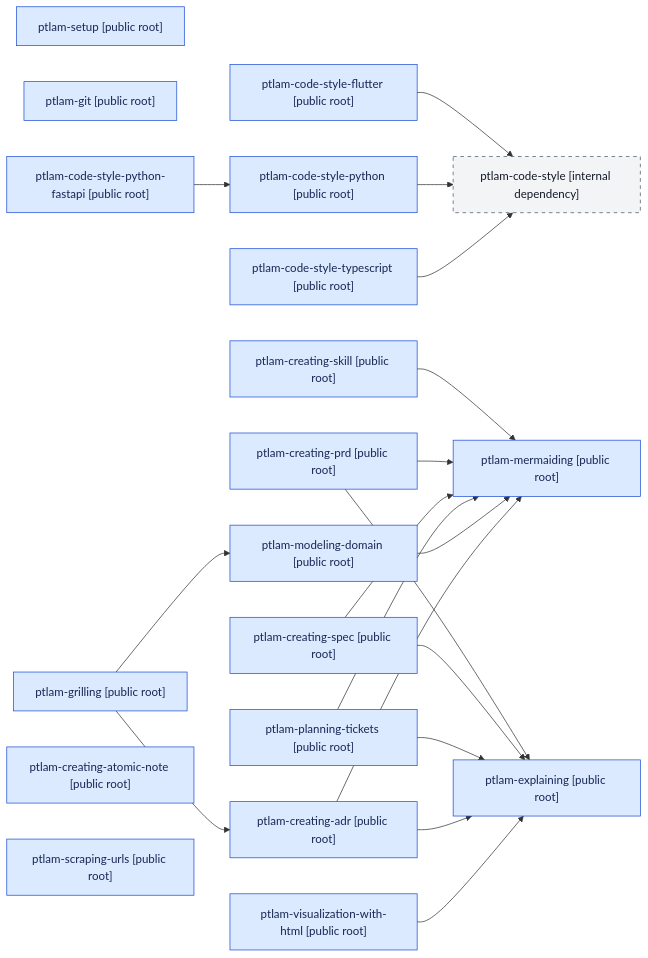
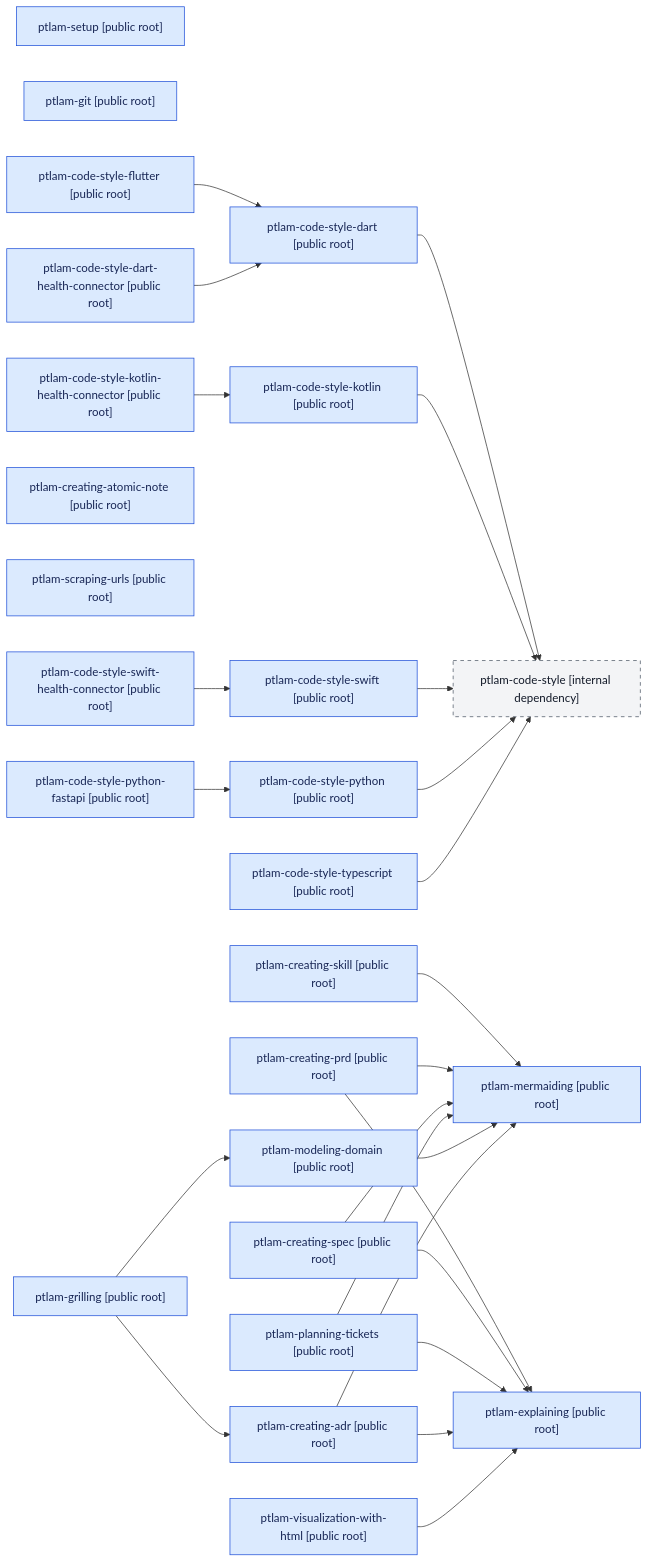
The diagram in skills/README.md (fam-tung-lam/ptlam-agent-plugin), drawn with Mermaid before and after one commit. The commit also changed other lines of this file and 315 other files, not shown here.

Commit message:
feat(skills): introduce code style skills for Health Connector SDK

````diff
--- a/skills/README.md
+++ b/skills/README.md
@@ -28,61 +34,79 @@
 ```mermaid
 flowchart LR
   skill_0["ptlam-setup [public root]"]
   skill_1["ptlam-git [public root]"]
   skill_2["ptlam-code-style [internal dependency]"]
-  skill_3["ptlam-code-style-flutter [public root]"]
-  skill_4["ptlam-code-style-python [public root]"]
-  skill_5["ptlam-code-style-python-fastapi [public root]"]
-  skill_6["ptlam-code-style-typescript [public root]"]
-  skill_7["ptlam-creating-skill [public root]"]
-  skill_8["ptlam-grilling [public root]"]
-  skill_9["ptlam-creating-prd [public root]"]
-  skill_10["ptlam-creating-spec [public root]"]
-  skill_11["ptlam-planning-tickets [public root]"]
-  skill_12["ptlam-modeling-domain [public root]"]
-  skill_13["ptlam-creating-adr [public root]"]
-  skill_14["ptlam-creating-atomic-note [public root]"]
-  skill_15["ptlam-scraping-urls [public root]"]
-  skill_16["ptlam-explaining [public root]"]
-  skill_17["ptlam-mermaiding [public root]"]
-  skill_18["ptlam-visualization-with-html [public root]"]
+  skill_3["ptlam-code-style-dart [public root]"]
+  skill_4["ptlam-code-style-kotlin [public root]"]
+  skill_5["ptlam-code-style-swift [public root]"]
+  skill_6["ptlam-code-style-flutter [public root]"]
+  skill_7["ptlam-code-style-python [public root]"]
+  skill_8["ptlam-code-style-python-fastapi [public root]"]
+  skill_9["ptlam-code-style-typescript [public root]"]
+  skill_10["ptlam-creating-skill [public root]"]
+  skill_11["ptlam-grilling [public root]"]
+  skill_12["ptlam-creating-prd [public root]"]
+  skill_13["ptlam-creating-spec [public root]"]
+  skill_14["ptlam-planning-tickets [public root]"]
+  skill_15["ptlam-modeling-domain [public root]"]
+  skill_16["ptlam-creating-adr [public root]"]
+  skill_17["ptlam-creating-atomic-note [public root]"]
+  skill_18["ptlam-scraping-urls [public root]"]
+  skill_19["ptlam-explaining [public root]"]
+  skill_20["ptlam-mermaiding [public root]"]
+  skill_21["ptlam-visualization-with-html [public root]"]
+  skill_22["ptlam-code-style-dart-health-connector [public root]"]
+  skill_23["ptlam-code-style-kotlin-health-connector [public root]"]
+  skill_24["ptlam-code-style-swift-health-connector [public root]"]
   skill_3 --> skill_2
   skill_4 --> skill_2
-  skill_5 --> skill_4
-  skill_6 --> skill_2
-  skill_7 --> skill_17
-  skill_8 --> skill_12
-  skill_8 --> skill_13
-  skill_9 --> skill_16
-  skill_9 --> skill_17
-  skill_10 --> skill_16
-  skill_10 --> skill_17
+  skill_5 --> skill_2
+  skill_6 --> skill_3
+  skill_7 --> skill_2
+  skill_8 --> skill_7
+  skill_9 --> skill_2
+  skill_10 --> skill_20
+  skill_11 --> skill_15
   skill_11 --> skill_16
-  skill_11 --> skill_17
-  skill_12 --> skill_17
-  skill_13 --> skill_16
-  skill_13 --> skill_17
-  skill_18 --> skill_16
+  skill_12 --> skill_19
+  skill_12 --> skill_20
+  skill_13 --> skill_19
+  skill_13 --> skill_20
+  skill_14 --> skill_19
+  skill_14 --> skill_20
+  skill_15 --> skill_20
+  skill_16 --> skill_19
+  skill_16 --> skill_20
+  skill_21 --> skill_19
+  skill_22 --> skill_3
+  skill_23 --> skill_4
+  skill_24 --> skill_5
   classDef publicRoot fill:#dbeafe,stroke:#1d4ed8,color:#172554
   classDef internalDependency fill:#f3f4f6,stroke:#4b5563,color:#111827,stroke-dasharray:5 5
   classDef deprecated fill:#fef3c7,stroke:#b45309,color:#78350f
   class skill_0 publicRoot
   class skill_1 publicRoot
   class skill_2 internalDependency
   class skill_3 publicRoot
   class skill_4 publicRoot
   class skill_5 publicRoot
   class skill_6 publicRoot
   class skill_7 publicRoot
   class skill_8 publicRoot
   class skill_9 publicRoot
   class skill_10 publicRoot
   class skill_11 publicRoot
   class skill_12 publicRoot
   class skill_13 publicRoot
   class skill_14 publicRoot
   class skill_15 publicRoot
   class skill_16 publicRoot
   class skill_17 publicRoot
   class skill_18 publicRoot
+  class skill_19 publicRoot
+  class skill_20 publicRoot
+  class skill_21 publicRoot
+  class skill_22 publicRoot
+  class skill_23 publicRoot
+  class skill_24 publicRoot
 ```
````
